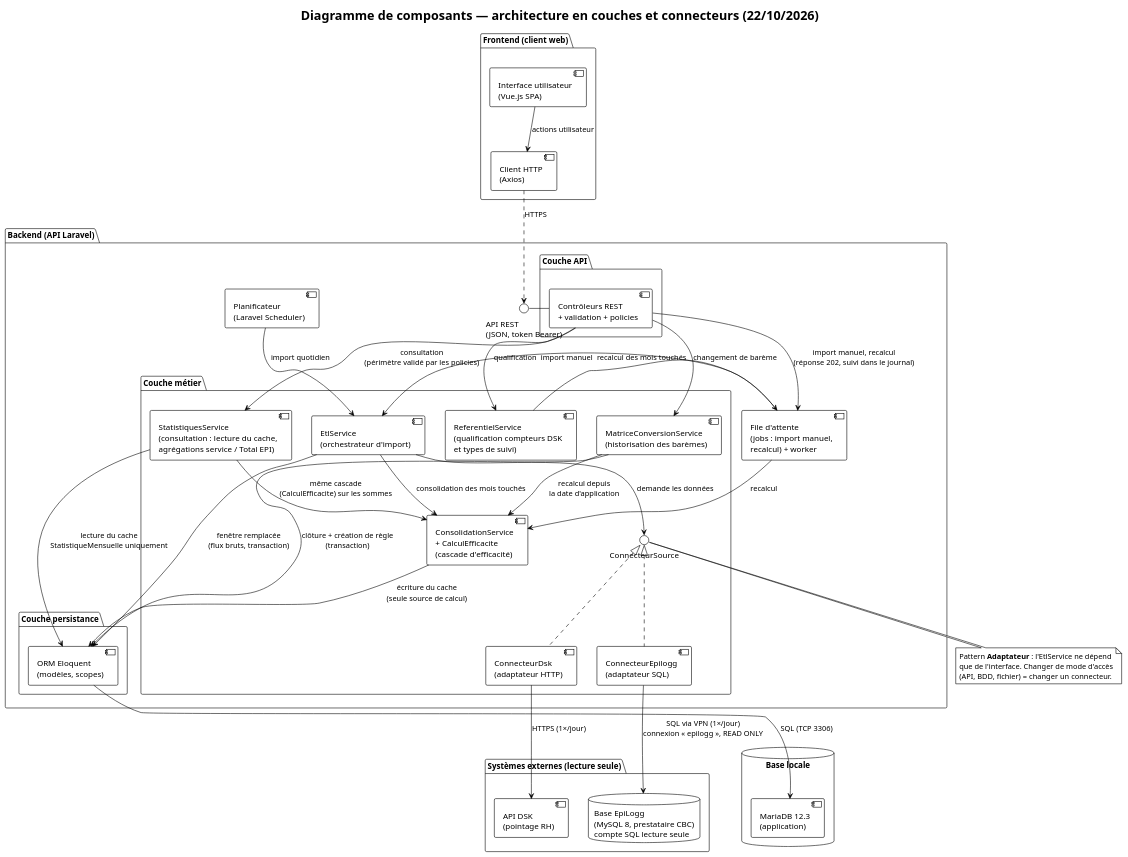
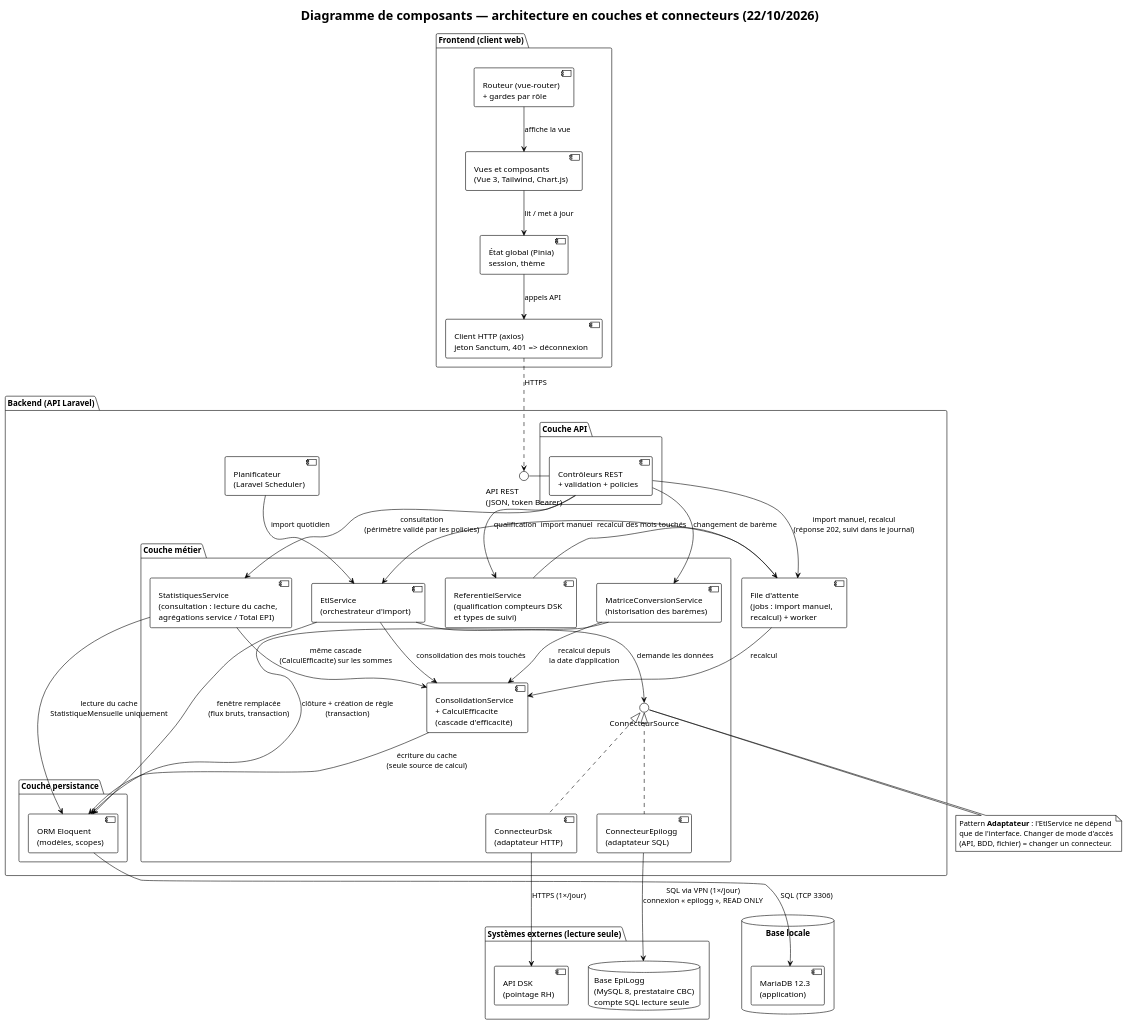
Before and after one commit to midjix/plantuml: the diagram in diagrammes_de_composants.puml, drawn with PlantUML. The commit also changed 2 other files, not shown here.

Commit message:
docs(uml): Vue.js front (step A) in components and deployment diagrams
- components: frontend package detailed (views, router with role guards,
  Pinia stores, axios client with Sanctum token)
- deployment: SPA served by Laravel (Vite build), queue worker in the app
  container, EpiLogg = MySQL 8, deployment note, DSK reachability
- README: journal entry with the UI choices validated on 23/10/2026

```diff
--- a/diagrammes_de_composants.puml
+++ b/diagrammes_de_composants.puml
@@ -1,83 +1,87 @@
 @startuml
 !theme plain
 skinparam componentStyle uml2
 
 title Diagramme de composants — architecture en couches et connecteurs (22/10/2026)
 
 package "Frontend (client web)" {
-    [Interface utilisateur\n(Vue.js SPA)] as vue
-    [Client HTTP\n(Axios)] as http_client
-    vue --> http_client : actions utilisateur
+    [Vues et composants\n(Vue 3, Tailwind, Chart.js)] as vue
+    [Routeur (vue-router)\n+ gardes par rôle] as routeur
+    [État global (Pinia)\nsession, thème] as stores
+    [Client HTTP (axios)\njeton Sanctum, 401 => déconnexion] as http_client
+    routeur --> vue : affiche la vue
+    vue --> stores : lit / met à jour
+    stores --> http_client : appels API
 }
 
 package "Systèmes externes (lecture seule)" {
     [API DSK\n(pointage RH)] as dsk_api
     database "Base EpiLogg\n(MySQL 8, prestataire CBC)\ncompte SQL lecture seule" as epilogg_db
 }
 
 package "Backend (API Laravel)" {
     interface "API REST\n(JSON, token Bearer)" as api_rest
 
     package "Couche API" {
         [Contrôleurs REST\n+ validation + policies] as controllers
     }
 
     package "Couche métier" {
         [StatistiquesService\n(consultation : lecture du cache,\nagrégations service / Total EPI)] as stats
         [ReferentielService\n(qualification compteurs DSK\net types de suivi)] as referentiel
         [EtlService\n(orchestrateur d'import)] as etl
         [ConsolidationService\n+ CalculEfficacite\n(cascade d'efficacité)] as conso
         [MatriceConversionService\n(historisation des barèmes)] as matrice
         interface "ConnecteurSource" as iconn
         [ConnecteurDsk\n(adaptateur HTTP)] as conn_dsk
         [ConnecteurEpilogg\n(adaptateur SQL)] as conn_epilogg
     }
 
     package "Couche persistance" {
         [ORM Eloquent\n(modèles, scopes)] as orm
     }
 
     [Planificateur\n(Laravel Scheduler)] as cron
     [File d'attente\n(jobs : import manuel,\nrecalcul) + worker] as queue
 
     api_rest - controllers
 
     controllers --> stats : consultation\n(périmètre validé par les policies)
     controllers --> matrice : changement de barème
     controllers --> referentiel : qualification
     controllers --> queue : import manuel, recalcul\n(réponse 202, suivi dans le journal)
     referentiel --> queue : recalcul des mois touchés
     queue --> etl : import manuel
     queue --> conso : recalcul
     cron --> etl : import quotidien
 
     etl --> iconn : demande les données
     iconn <|.. conn_dsk
     iconn <|.. conn_epilogg
 
     conn_dsk --> dsk_api : HTTPS (1×/jour)
     conn_epilogg --> epilogg_db : SQL via VPN (1×/jour)\nconnexion « epilogg », READ ONLY
 
     stats --> conso : même cascade\n(CalculEfficacite) sur les sommes
     stats --> orm : lecture du cache\nStatistiqueMensuelle uniquement
     etl --> orm : fenêtre remplacée\n(flux bruts, transaction)
     etl --> conso : consolidation des mois touchés
     conso --> orm : écriture du cache\n(seule source de calcul)
     matrice --> conso : recalcul depuis\nla date d'application
     matrice --> orm : clôture + création de règle\n(transaction)
 }
 
 database "Base locale" {
     [MariaDB 12.3\n(application)] as mariadb
     orm --> mariadb : SQL (TCP 3306)
 }
 
 http_client ..> api_rest : HTTPS
 
 note bottom of iconn
   Pattern **Adaptateur** : l'EtlService ne dépend
   que de l'interface. Changer de mode d'accès
   (API, BDD, fichier) = changer un connecteur.
 end note
 
 @enduml
```
